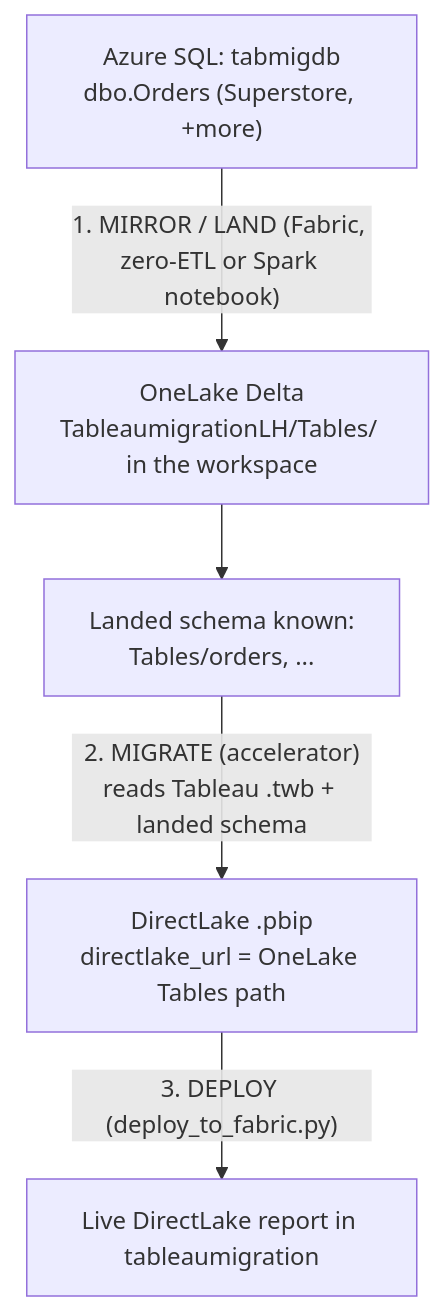
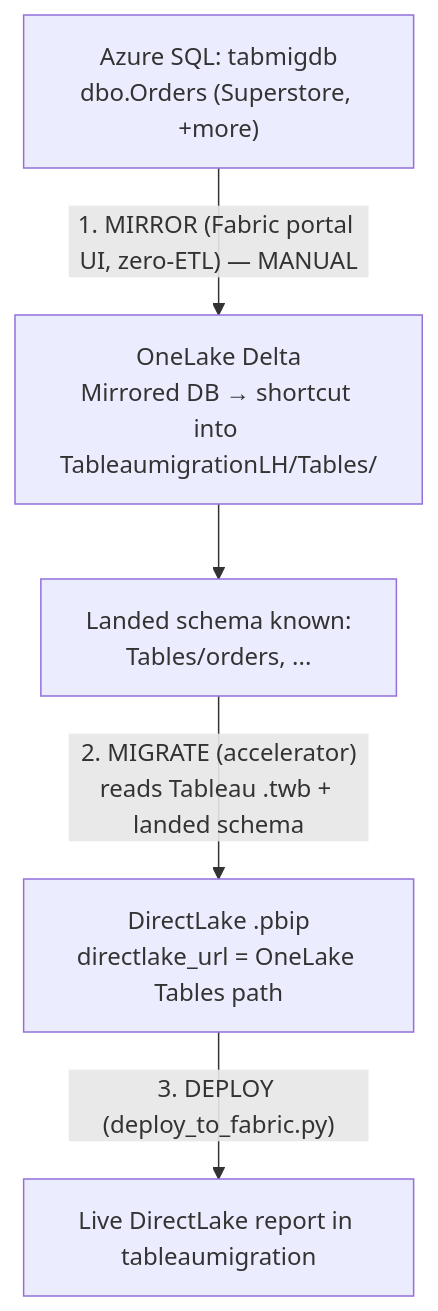
Before and after one commit to rasgiza/tableau-migration-accelerator: the diagram in docs/directlake-mirroring-flow.md, drawn with Mermaid. The commit also changed other lines of this file, not shown here.

First line of the commit message:
docs(directlake): document mirror prerequisites - correct mirror type (Azure SQL Database, not SQL Server), system-assigned managed identity as primary, and network reachability

````diff
--- a/docs/directlake-mirroring-flow.md
+++ b/docs/directlake-mirroring-flow.md
@@ -44,7 +44,7 @@
 ```mermaid
 flowchart TD
-    A["Azure SQL: tabmigdb<br/>dbo.Orders (Superstore, +more)"] -->|"1. MIRROR / LAND (Fabric, zero-ETL or Spark notebook)"| B["OneLake Delta<br/>TableaumigrationLH/Tables/ in the workspace"]
+    A["Azure SQL: tabmigdb<br/>dbo.Orders (Superstore, +more)"] -->|"1. MIRROR (Fabric portal UI, zero-ETL) — MANUAL"| B["OneLake Delta<br/>Mirrored DB → shortcut into TableaumigrationLH/Tables/"]
     B --> S["Landed schema known:<br/>Tables/orders, ..."]
     S -->|"2. MIGRATE (accelerator)<br/>reads Tableau .twb + landed schema"| G["DirectLake .pbip<br/>directlake_url = OneLake Tables path"]
     G -->|"3. DEPLOY (deploy_to_fabric.py)"| D["Live DirectLake report in tableaumigration"]
 ```
````
